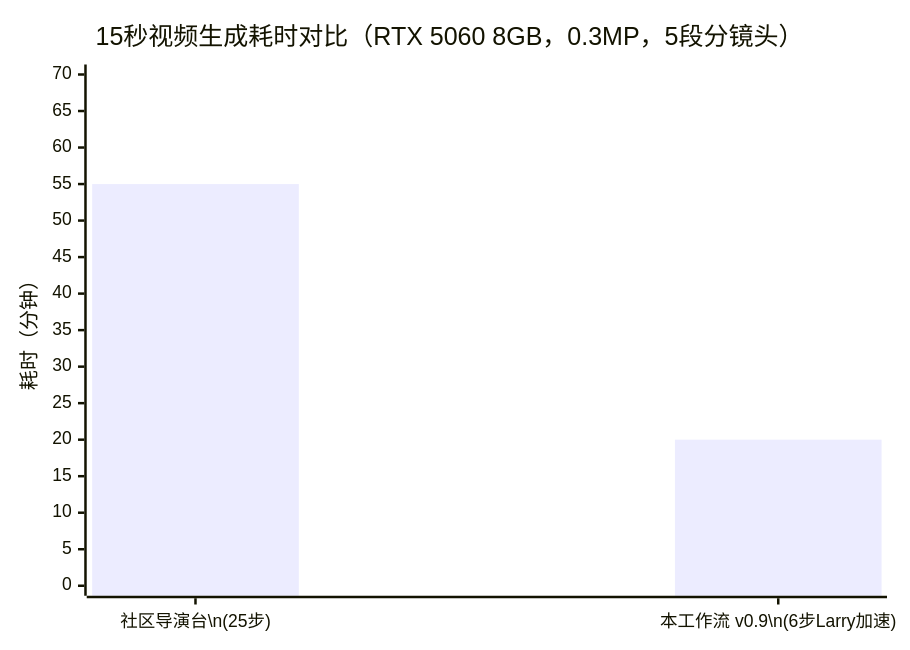
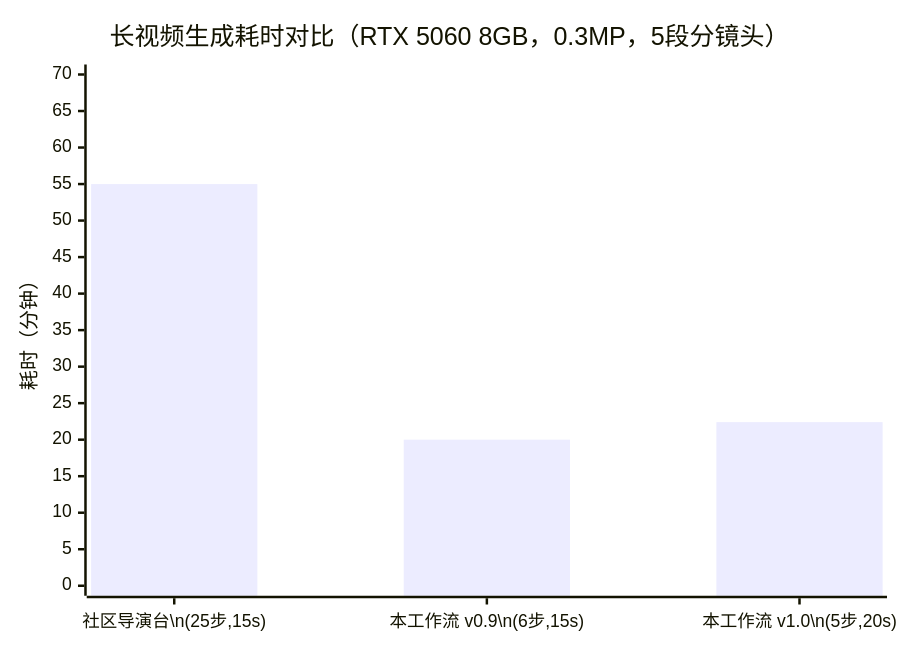
Before and after one commit to IronManVincent/comfyui-minimax-h3-r2v-longvideo: the first of 2 diagrams in README.md, drawn with Mermaid. The commit also changed other lines of this file and 2 other files, not shown here.

````diff
--- a/README.md
+++ b/README.md
@@ -24,7 +25,7 @@
 ```mermaid
 xychart-beta
-    title "15秒视频生成耗时对比（RTX 5060 8GB，0.3MP，5段分镜头）"
-    x-axis ["社区导演台\n(25步)", "本工作流 v0.9\n(6步Larry加速)"]
+    title "长视频生成耗时对比（RTX 5060 8GB，0.3MP，5段分镜头）"
+    x-axis ["社区导演台\n(25步,15s)", "本工作流 v0.9\n(6步,15s)", "本工作流 v1.0\n(5步,20s)"]
     y-axis "耗时（分钟）" 0 --> 70
-    bar [55, 20]
+    bar [55, 20, 22.4]
 ```
````
